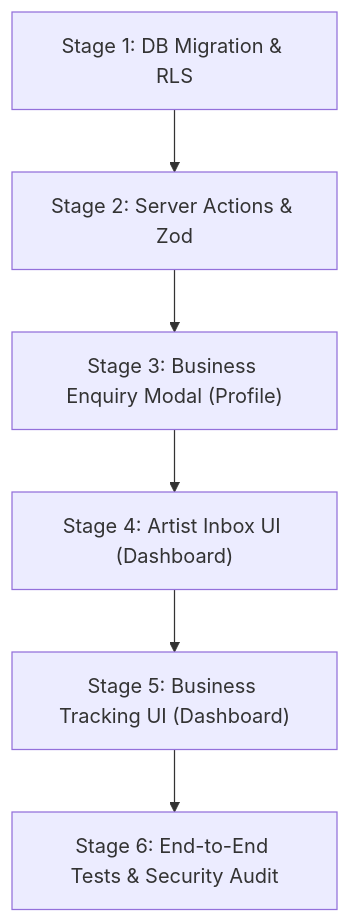
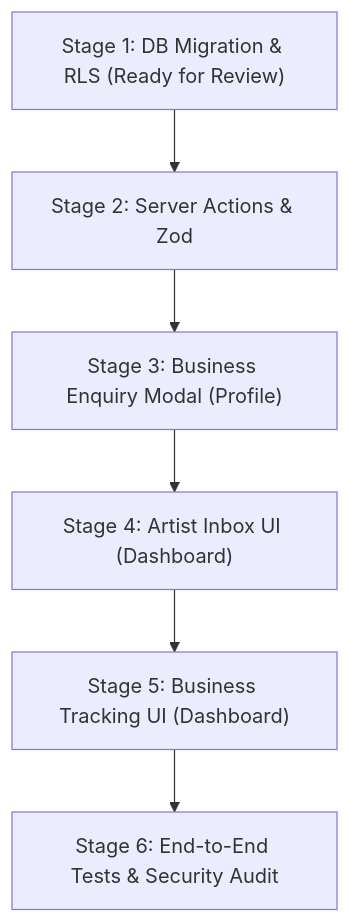
The diagram in PHASE_5_1_IMPLEMENTATION_PLAN.md (Business1301/the-artist-network), drawn with Mermaid before and after one commit. The commit also changed other lines of this file and 1 other file, not shown here.

Commit message:
docs: update Phase 5.1 plan and add Stage 1 booking enquiries SQL migration

````diff
--- a/PHASE_5_1_IMPLEMENTATION_PLAN.md
+++ b/PHASE_5_1_IMPLEMENTATION_PLAN.md
@@ -524,8 +263,8 @@
 ```mermaid
 flowchart TD
-    S1["Stage 1: DB Migration & RLS"] --> S2["Stage 2: Server Actions & Zod"]
+    S1["Stage 1: DB Migration & RLS (Ready for Review)"] --> S2["Stage 2: Server Actions & Zod"]
     S2 --> S3["Stage 3: Business Enquiry Modal (Profile)"]
     S3 --> S4["Stage 4: Artist Inbox UI (Dashboard)"]
     S4 --> S5["Stage 5: Business Tracking UI (Dashboard)"]
     S5 --> S6["Stage 6: End-to-End Tests & Security Audit"]
 ```
````
